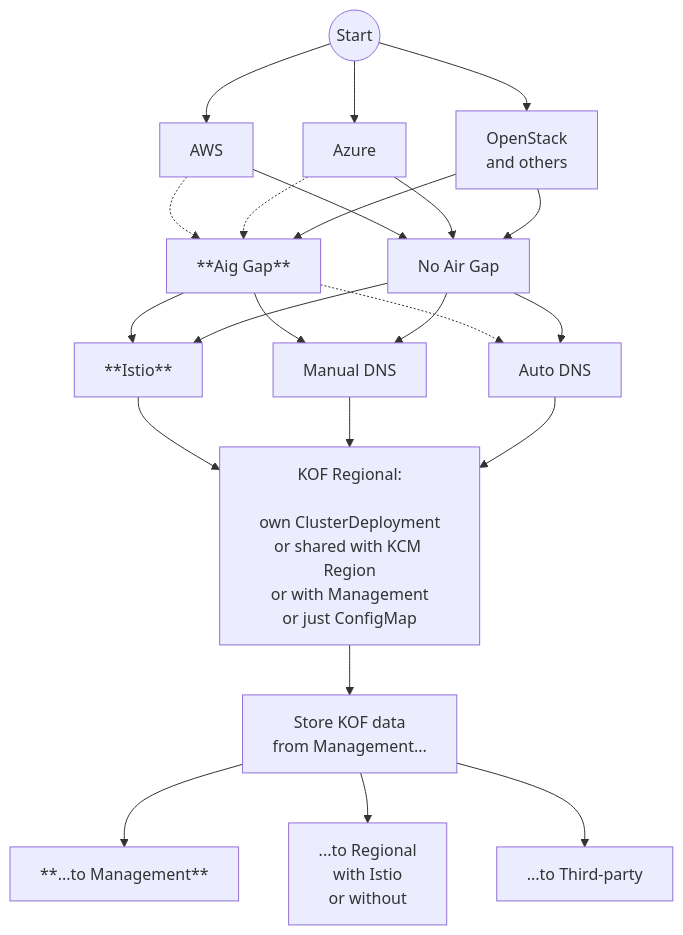
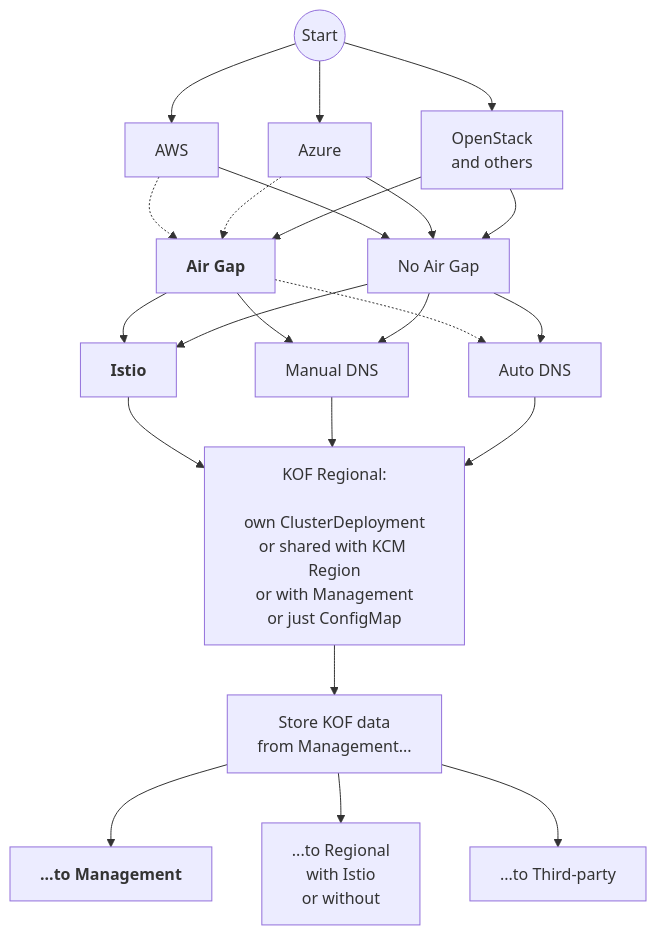
Before and after one commit to zerospiel/docs: the diagram in docs/admin/kof/kof-install.md, drawn with Mermaid. The commit also changed other lines of this file, not shown here.

Commit message:
Update print statement from 'Hello' to 'Goodbye'

````diff
--- a/docs/admin/kof/kof-install.md
+++ b/docs/admin/kof/kof-install.md
@@ -7,26 +7,26 @@
 ```mermaid
 flowchart TD
     S((Start))
     S --> AWS[AWS]
     S --> AZ[Azure]
     S --> OS[OpenStack<br>and others]
-    AWS -.-> AG[**Aig Gap**]
+    AWS -.-> AG[<b>Air Gap</b>]
     AZ -.-> AG
     OS --> AG
     AWS --> NAG[No Air Gap]
     AZ --> NAG
     OS --> NAG
-    AG --> I[**Istio**]
+    AG --> I[<b>Istio</b>]
     AG --> MD[Manual DNS]
     AG -.-> AD[Auto DNS]
     NAG --> I
     NAG --> MD
     NAG --> AD
     I --> R[KOF Regional:<br><br>own ClusterDeployment<br>or shared with KCM Region<br>or with Management<br>or just ConfigMap]
     MD --> R
     AD --> R
     R --> M2[Store KOF data<br>from Management...]
-    M2 --> M2M[**...to Management**]
+    M2 --> M2M[<b>...to Management</b>]
     M2 --> M2R[...to Regional<br>with Istio<br>or without]
     M2 --> M2TP[...to Third-party]
 ```
````
